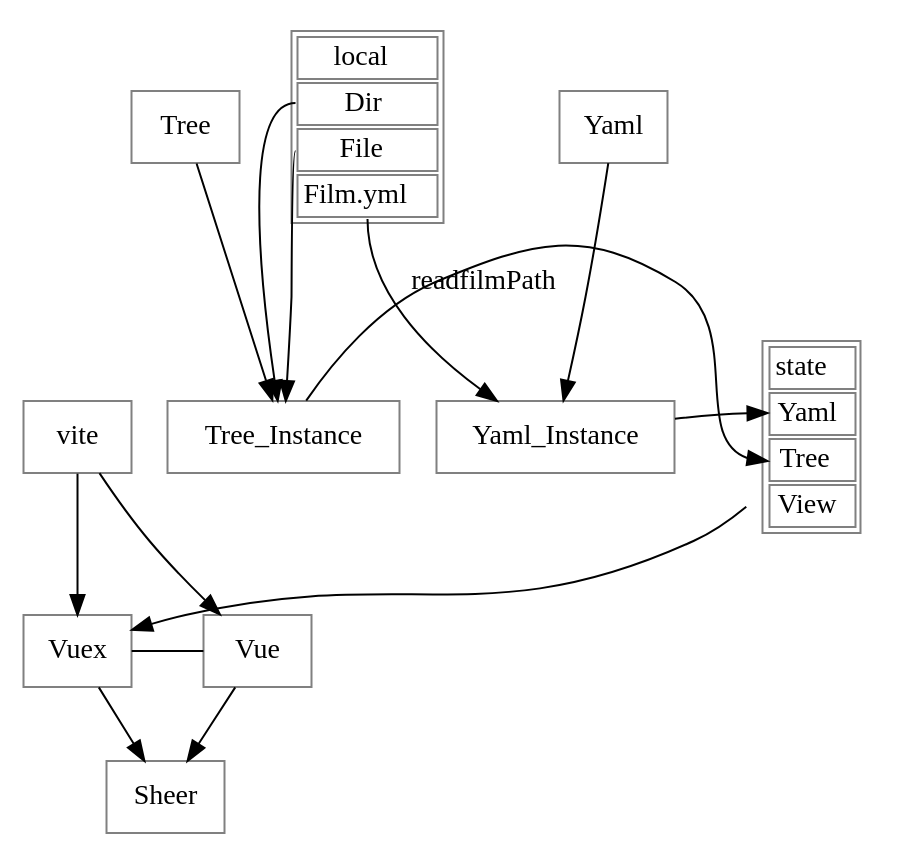
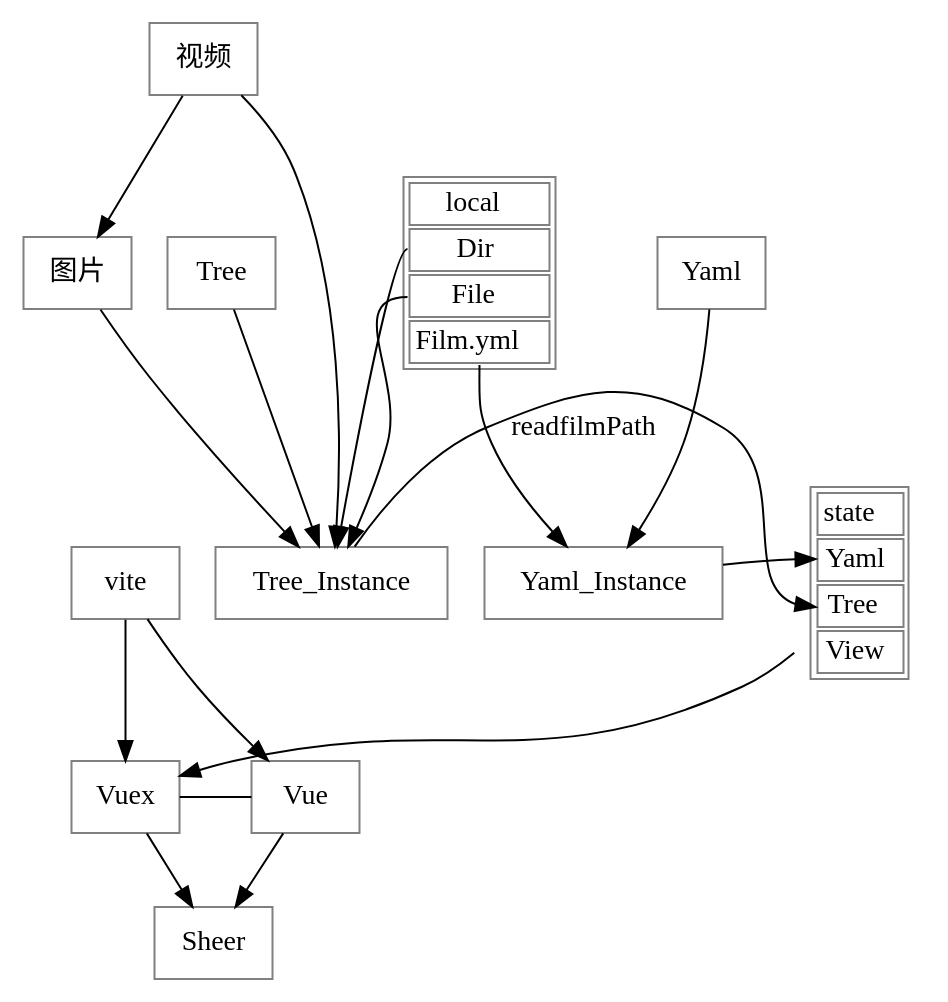
Before and after one commit to WingDust/Sheer: the diagram in construct.dot, drawn with Graphviz. The commit also changed 6 other files, not shown here.

```diff
--- a/construct.dot
+++ b/construct.dot
@@ -1,80 +1,84 @@
 digraph construct {
     node [color=gray,shape=box];
     {rank=max;Sheer}
 
     local [
         shape = plaintext
         label =<
         <table border='1' cellborder='1'>
             <tr><td colspan="1">local</td></tr>
              <tr>
              <td port='port_one'>Dir</td>
             </tr>
              <tr>
              <td port='port_two'>File</td>
             </tr>
              <tr>
              <td port='port_three'>Film.yml</td>
             </tr>
         </table>
         >
     ];
     state [
         shape = plaintext
         label =<
         <table border='1' cellborder='1'>
             <tr><td colspan="1">state</td></tr>
              <tr>
              <td port='port_one'>Yaml</td>
             </tr>
              <tr>
              <td port='port_two'>Tree</td>
             </tr>
              <tr>
              <td port='port_three'>View</td>
             </tr>
         </table>
         >
     ];
     subgraph cluster_Init{
         label = "Init";
         Tree_Instance ;
         Yaml_Instance;
     }
 
     subgraph dependencies{
         // label="asd";
         // labelloc= "t";
         Vue;
         Vuex;
     }
     { rank=same; Vue Vuex };
     Vuex -> Vue[arrowhead=none];
     Vuex -> {Sheer};
     state -> Vuex;
     Vue -> Sheer ;
     vite -> Vue;
     vite -> Vuex;
 
     // subgraph cluster_p{
     subgraph cluster_datastructure{
         // label="ad";
         Tree
         Yaml
         pos = "1,2!"
     }
     // { rank=  };
     { rank=same; Tree Yaml };
     { rank=same; Tree_Instance Yaml_Instance state};
     Tree -> Tree_Instance;
     Yaml -> Yaml_Instance;
     {Tree_Instance} -> state:port_two;
     Yaml_Instance -> state:port_one;
     // Tree_Instance -> local
 
     local:port_one -> Tree_Instance;
     local:port_two -> Tree_Instance;
     local:port_three -> Yaml_Instance[label="readfilmPath"];
 
+    {rank = some; 视频 图片}
+    视频 -> 图片
+    {视频,图片} -> Tree_Instance
+
 
 }
```
